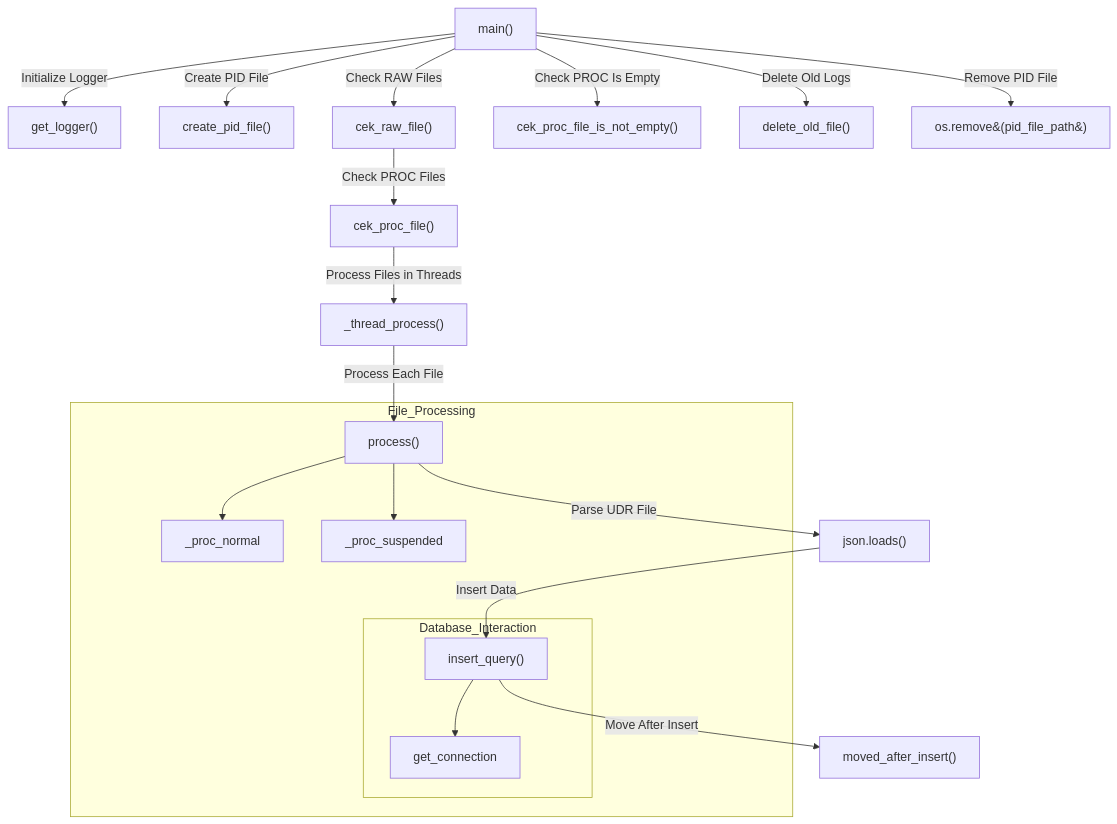
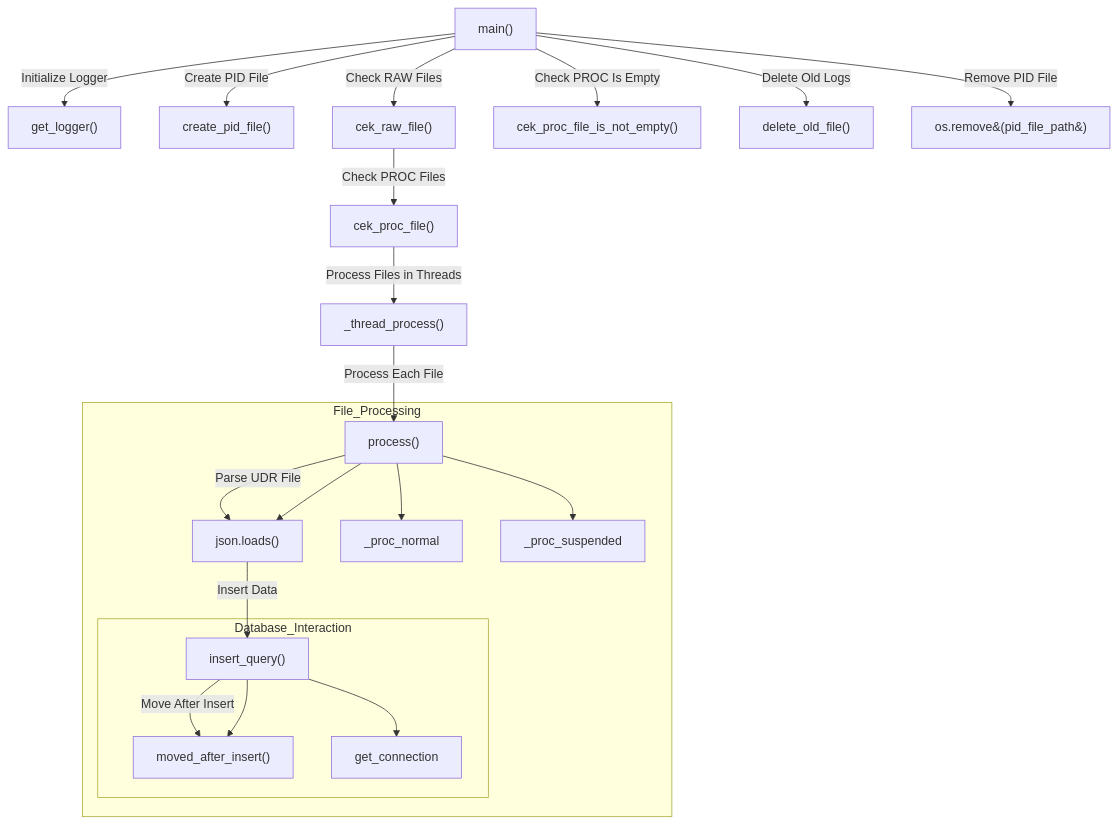
One commit to maulanaady/psn changed the second of 2 diagrams in UDR/parsing_readme.md. Above: the diagram before and after it, drawn with Mermaid.

Commit message:
update readme file

````diff
--- a/UDR/parsing_readme.md
+++ b/UDR/parsing_readme.md
@@ -155,29 +155,31 @@
 ```mermaid
 graph TD;
     A[main#40;#41;] -->|Initialize Logger| B[get_logger#40;#41;];
     A -->|Create PID File| C[create_pid_file#40;#41;];
     A -->|Check RAW Files| D[cek_raw_file#40;#41;];
     D -->|Check PROC Files| E[cek_proc_file#40;#41;];
     E -->|Process Files in Threads| F[_thread_process#40;#41;];
     F -->|Process Each File| G[process#40;#41;];
 
     G -->|Parse UDR File| H[json.loads#40;#41;];
     H -->|Insert Data| I[insert_query#40;#41;];    
     I -->|Move After Insert| J[moved_after_insert#40;#41;];
 
     A -->|Check PROC Is Empty| K[cek_proc_file_is_not_empty#40;#41;];
     A -->|Delete Old Logs| L[delete_old_file#40;#41;];
     A -->|Remove PID File| M[os.remove&#40;pid_file_path&#41;];
 
     subgraph File_Processing;
         G --> _proc_normal;
         G --> _proc_suspended;
+        G --> H[json.loads#40;#41;];
 
         subgraph Database_Interaction;
         I --> get_connection;
+        I --> J[moved_after_insert#40;#41;]
         end;
-        
+
     end;
 
     
 ```
````
